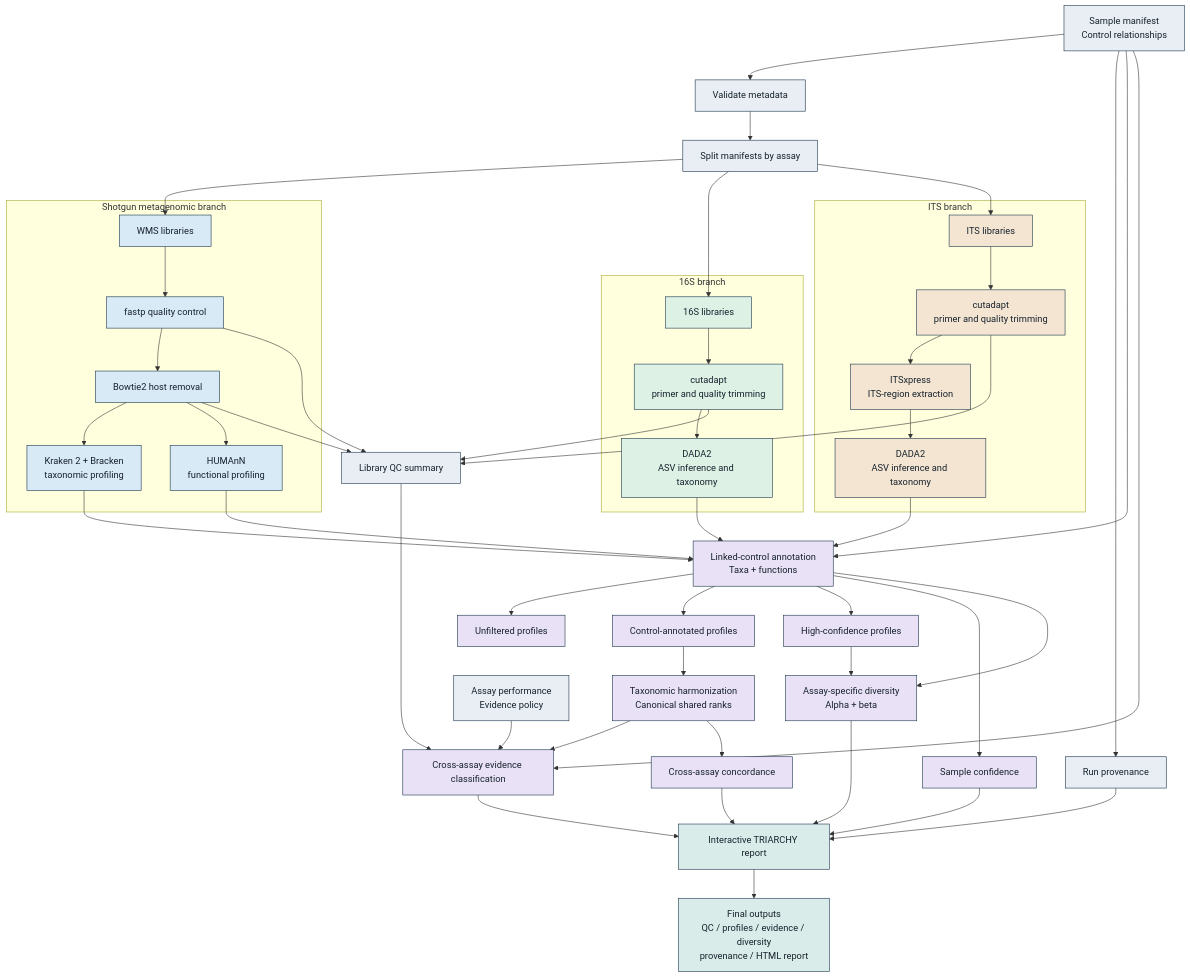
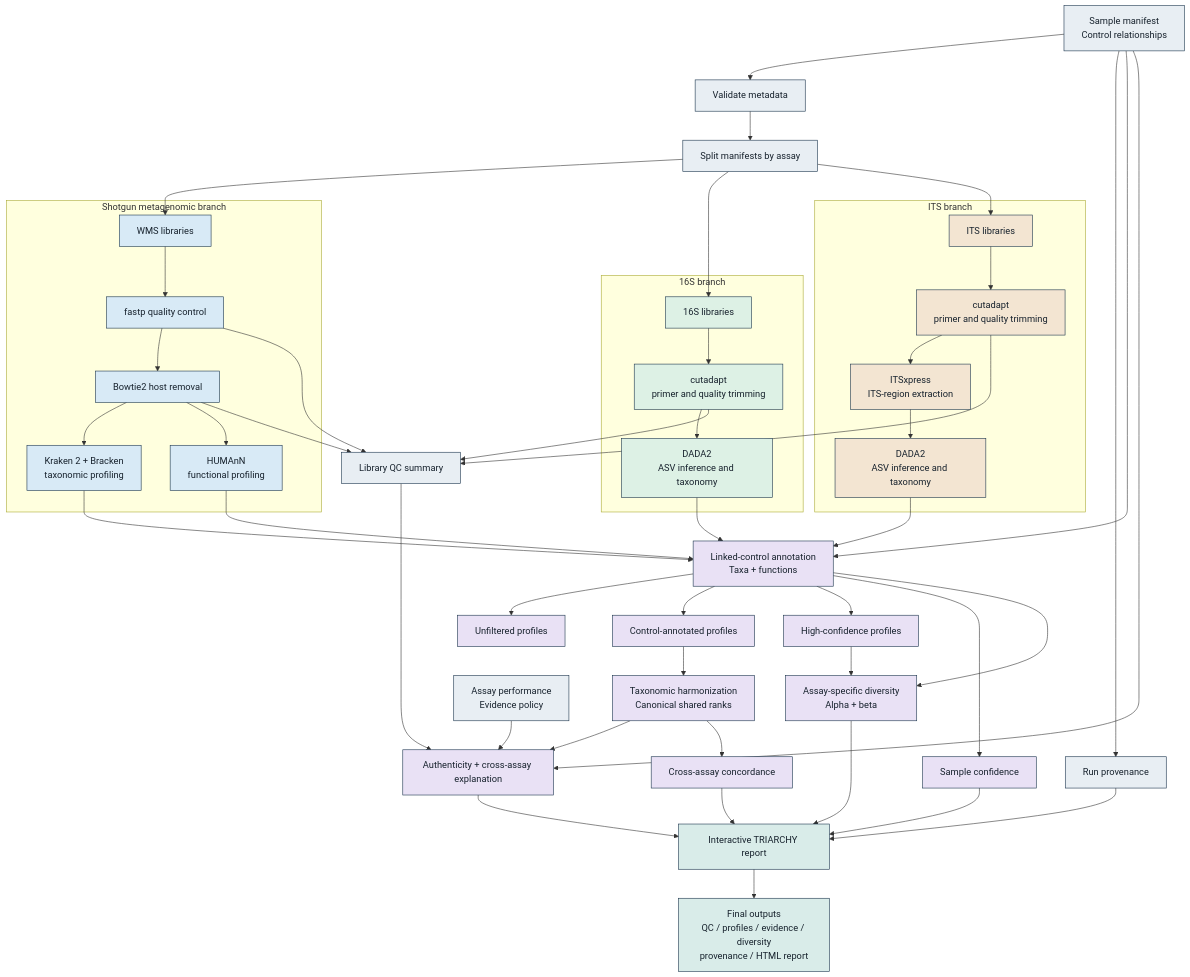
The diagram in docs/overall-workflow-dag.mmd (aglucaci/TRIARCHY), drawn with Mermaid before and after one commit. The commit also changed 370 other files, not shown here.

```diff
--- a/docs/overall-workflow-dag.mmd
+++ b/docs/overall-workflow-dag.mmd
@@ -1,74 +1,74 @@
 flowchart TB
     INPUTS["Sample manifest<br/>Control relationships"] --> VALIDATE["Validate metadata"]
     VALIDATE --> SPLIT["Split manifests by assay"]
     INPUTS --> PROV["Run provenance"]
 
     SPLIT --> WMS_IN["WMS libraries"]
     SPLIT --> S16_IN["16S libraries"]
     SPLIT --> ITS_IN["ITS libraries"]
 
     subgraph WMS["Shotgun metagenomic branch"]
         WMS_IN --> WMS_QC["fastp quality control"]
         WMS_QC --> HOST["Bowtie2 host removal"]
         HOST --> KRAKEN["Kraken 2 + Bracken<br/>taxonomic profiling"]
         HOST --> HUMANN["HUMAnN<br/>functional profiling"]
     end
 
     subgraph S16["16S branch"]
         S16_IN --> S16_QC["cutadapt<br/>primer and quality trimming"]
         S16_QC --> S16_DADA["DADA2<br/>ASV inference and taxonomy"]
     end
 
     subgraph ITS["ITS branch"]
         ITS_IN --> ITS_QC["cutadapt<br/>primer and quality trimming"]
         ITS_QC --> ITSX["ITSxpress<br/>ITS-region extraction"]
         ITSX --> ITS_DADA["DADA2<br/>ASV inference and taxonomy"]
     end
 
     WMS_QC --> QC_SUM["Library QC summary"]
     HOST --> QC_SUM
     S16_QC --> QC_SUM
     ITS_QC --> QC_SUM
 
     KRAKEN --> CONTROLS["Linked-control annotation<br/>Taxa + functions"]
     HUMANN --> CONTROLS
     S16_DADA --> CONTROLS
     ITS_DADA --> CONTROLS
     INPUTS --> CONTROLS
 
     CONTROLS --> UNFILTERED["Unfiltered profiles"]
     CONTROLS --> ANNOTATED["Control-annotated profiles"]
     CONTROLS --> HIGH_CONF["High-confidence profiles"]
     CONTROLS --> SAMPLE_CONF["Sample confidence"]
 
     ANNOTATED --> HARMONIZE["Taxonomic harmonization<br/>Canonical shared ranks"]
-    HARMONIZE --> EVIDENCE["Cross-assay evidence classification"]
+    HARMONIZE --> EVIDENCE["Authenticity + cross-assay explanation"]
     HARMONIZE --> CONCORDANCE["Cross-assay concordance"]
     QC_SUM --> EVIDENCE
     POLICY["Assay performance<br/>Evidence policy"] --> EVIDENCE
     INPUTS --> EVIDENCE
 
     HIGH_CONF --> DIVERSITY["Assay-specific diversity<br/>Alpha + beta"]
     CONTROLS --> DIVERSITY
 
     EVIDENCE --> REPORT["Interactive TRIARCHY report"]
     CONCORDANCE --> REPORT
     DIVERSITY --> REPORT
     SAMPLE_CONF --> REPORT
     PROV --> REPORT
 
     REPORT --> OUTPUTS["Final outputs<br/>QC / profiles / evidence / diversity<br/>provenance / HTML report"]
 
     classDef input fill:#e8eef3,stroke:#18324a,color:#17222d
     classDef wms fill:#d8eaf6,stroke:#18324a,color:#17222d
     classDef s16 fill:#ddf1e5,stroke:#18324a,color:#17222d
     classDef its fill:#f3e5d2,stroke:#18324a,color:#17222d
     classDef integration fill:#e9e1f5,stroke:#18324a,color:#17222d
     classDef output fill:#d9ece9,stroke:#18324a,color:#17222d
 
     class INPUTS,VALIDATE,SPLIT,PROV,QC_SUM,POLICY input
     class WMS_IN,WMS_QC,HOST,KRAKEN,HUMANN wms
     class S16_IN,S16_QC,S16_DADA s16
     class ITS_IN,ITS_QC,ITSX,ITS_DADA its
     class CONTROLS,UNFILTERED,ANNOTATED,HIGH_CONF,SAMPLE_CONF,HARMONIZE,EVIDENCE,CONCORDANCE,DIVERSITY integration
     class REPORT,OUTPUTS output
```
